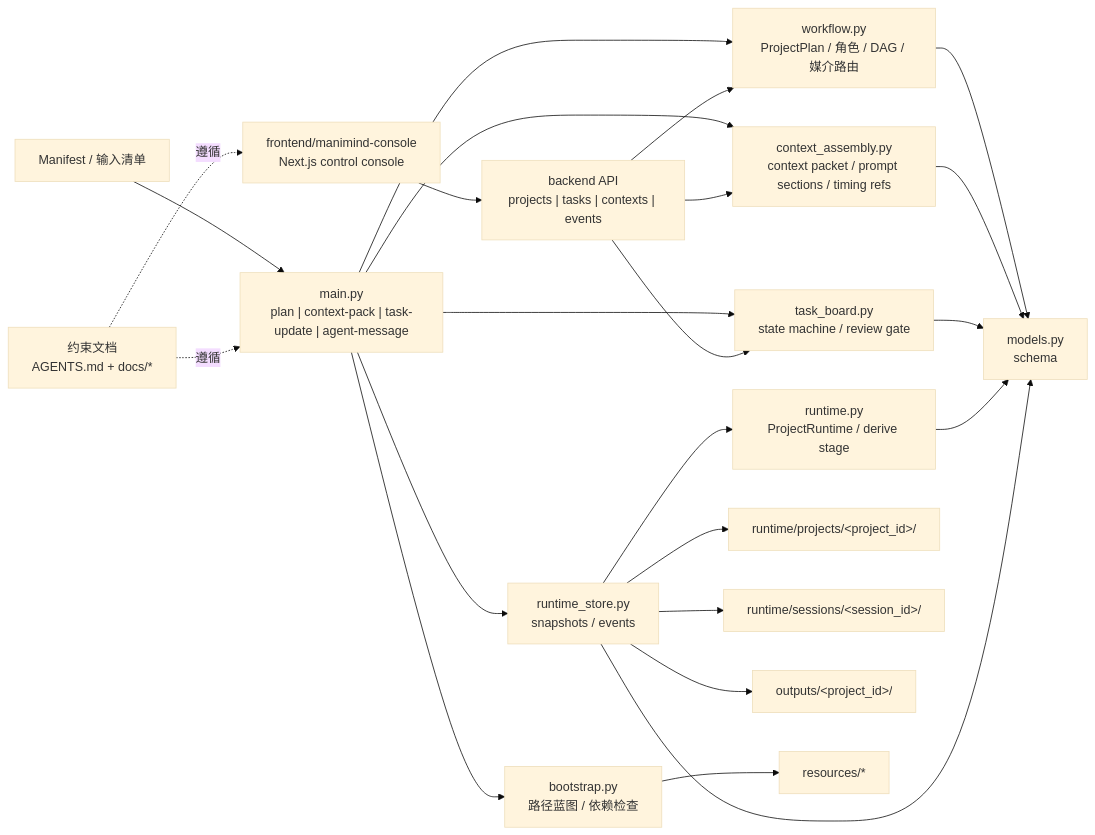
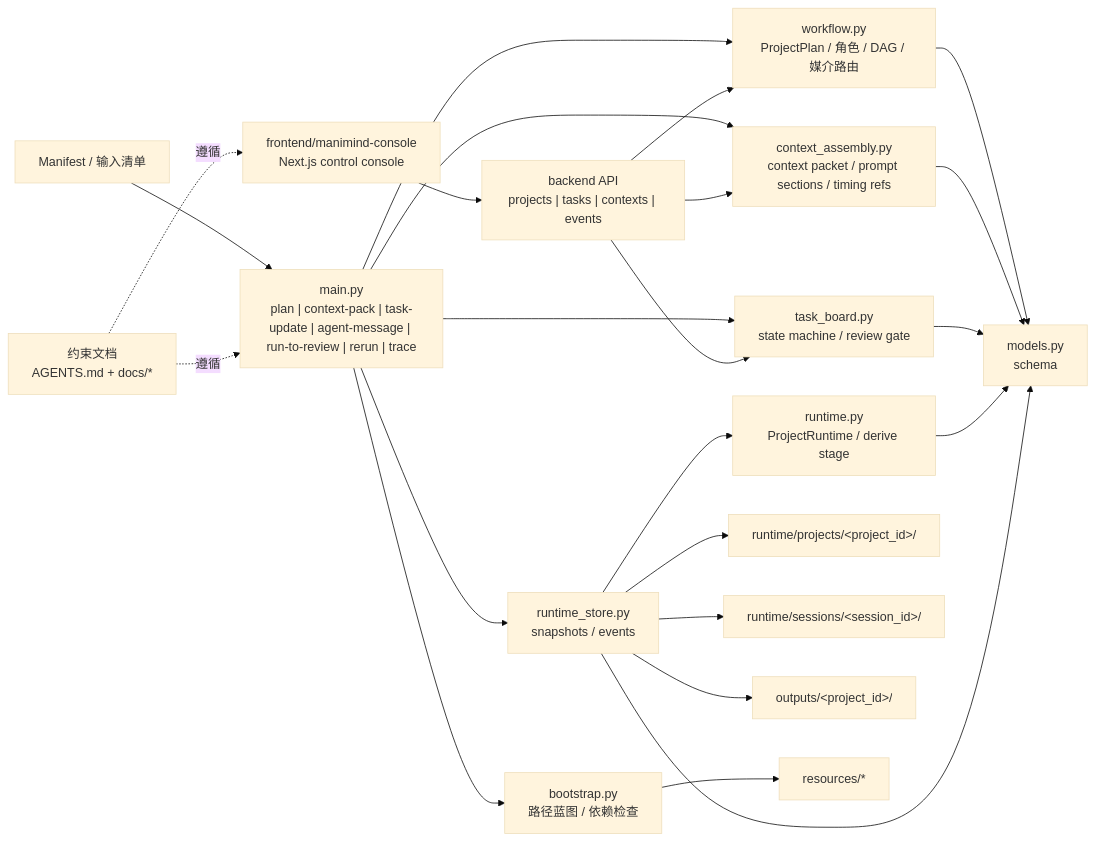
Before and after one commit to proffitteoy/ManiMind: the diagram in docs/通用项目架构模板.md, drawn with Mermaid (base theme). The commit also changed other lines of this file and 62 other files, not shown here.

````diff
--- a/docs/通用项目架构模板.md
+++ b/docs/通用项目架构模板.md
@@ -15,42 +15,42 @@
 ```mermaid
 flowchart LR
     Manifest["Manifest / 输入清单"]
     Docs["约束文档<br/>AGENTS.md + docs/*"]
-    Main["main.py<br/>plan | context-pack | task-update | agent-message"]
+    Main["main.py<br/>plan | context-pack | task-update | agent-message | run-to-review | rerun | trace"]
     Frontend["frontend/manimind-console<br/>Next.js control console"]
     Api["backend API<br/>projects | tasks | contexts | events"]
     Bootstrap["bootstrap.py<br/>路径蓝图 / 依赖检查"]
     Models["models.py<br/>schema"]
     Workflow["workflow.py<br/>ProjectPlan / 角色 / DAG / 媒介路由"]
     Context["context_assembly.py<br/>context packet / prompt sections / timing refs"]
     Board["task_board.py<br/>state machine / review gate"]
     Runtime["runtime.py<br/>ProjectRuntime / derive stage"]
     Store["runtime_store.py<br/>snapshots / events"]
     Projects["runtime/projects/&lt;project_id&gt;/"]
     Sessions["runtime/sessions/&lt;session_id&gt;/"]
     Outputs["outputs/&lt;project_id&gt;/"]
     Refs["resources/*"]
 
     Manifest --> Main
     Docs -.遵循.-> Main
     Docs -.遵循.-> Frontend
     Frontend --> Api
     Main --> Bootstrap
     Main --> Workflow
     Main --> Context
     Main --> Board
     Main --> Store
     Api --> Workflow
     Api --> Context
     Api --> Board
     Workflow --> Models
     Context --> Models
     Board --> Models
     Runtime --> Models
     Store --> Runtime
     Store --> Models
     Bootstrap --> Refs
     Store --> Projects
     Store --> Sessions
     Store --> Outputs
 ```
````
